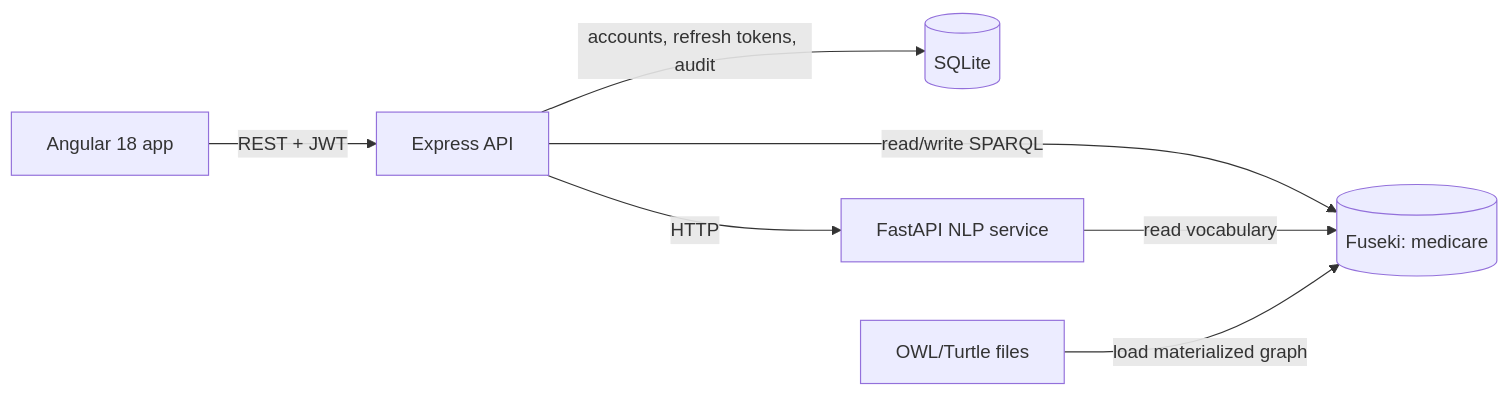
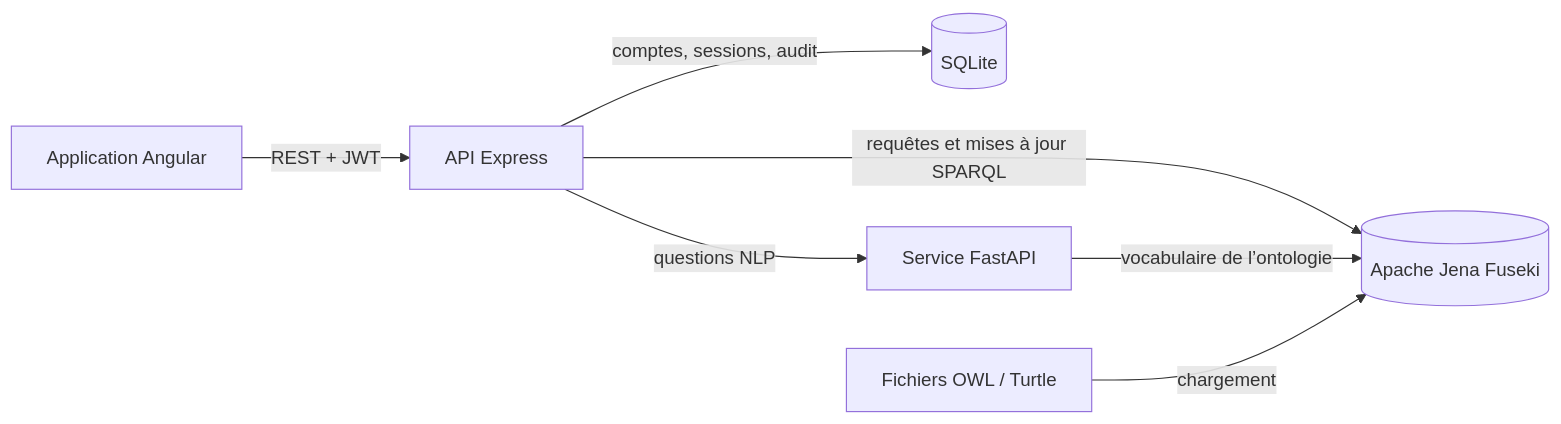
Before and after one commit to benmbarekkmar/mediCare: the diagram in README.md, drawn with Mermaid. The commit also changed other lines of this file, not shown here.

````diff
--- a/README.md
+++ b/README.md
@@ -7,9 +104,9 @@
-```mermaid
+~~~mermaid
 flowchart LR
-  Browser[Angular 18 app] -->|REST + JWT| API[Express API]
-  API -->|read/write SPARQL| Fuseki[(Fuseki: medicare)]
-  API -->|accounts, refresh tokens, audit| SQLite[(SQLite)]
-  API -->|HTTP| NLP[FastAPI NLP service]
-  NLP -->|read vocabulary| Fuseki
-  Ontology[OWL/Turtle files] -->|load materialized graph| Fuseki
-```
+  Browser[Application Angular] -->|REST + JWT| API[API Express]
+  API -->|comptes, sessions, audit| SQLite[(SQLite)]
+  API -->|requêtes et mises à jour SPARQL| Fuseki[(Apache Jena Fuseki)]
+  API -->|questions NLP| NLP[Service FastAPI]
+  NLP -->|vocabulaire de l’ontologie| Fuseki
+  Ontology[Fichiers OWL / Turtle] -->|chargement| Fuseki
+~~~
````
